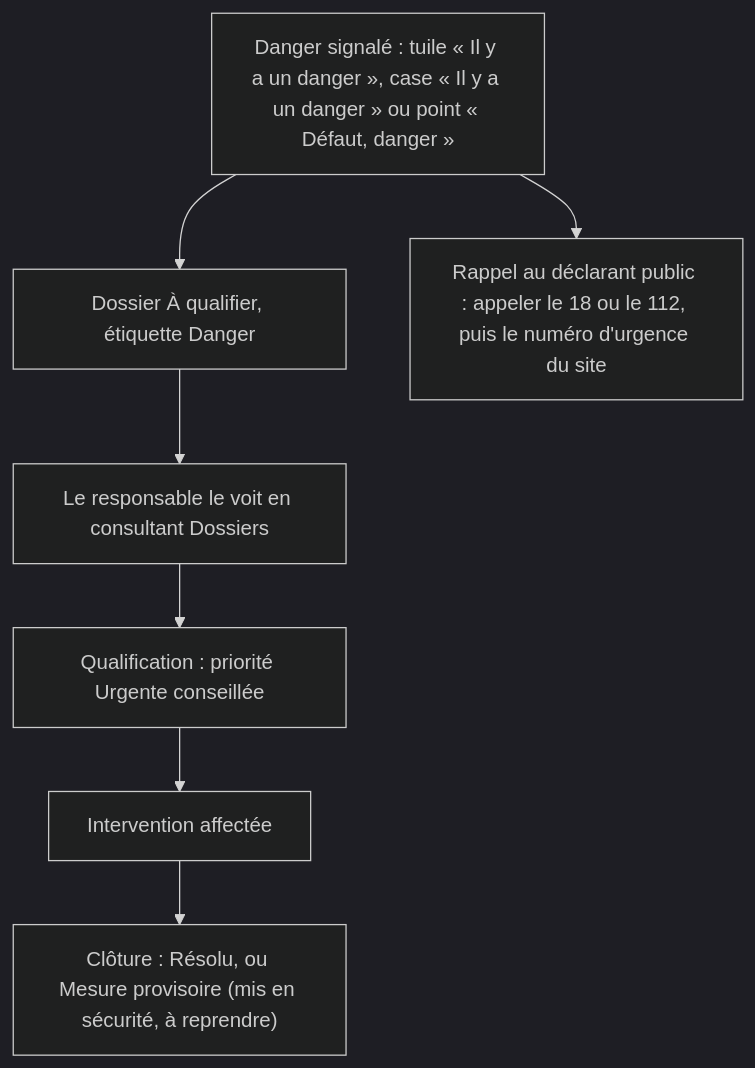
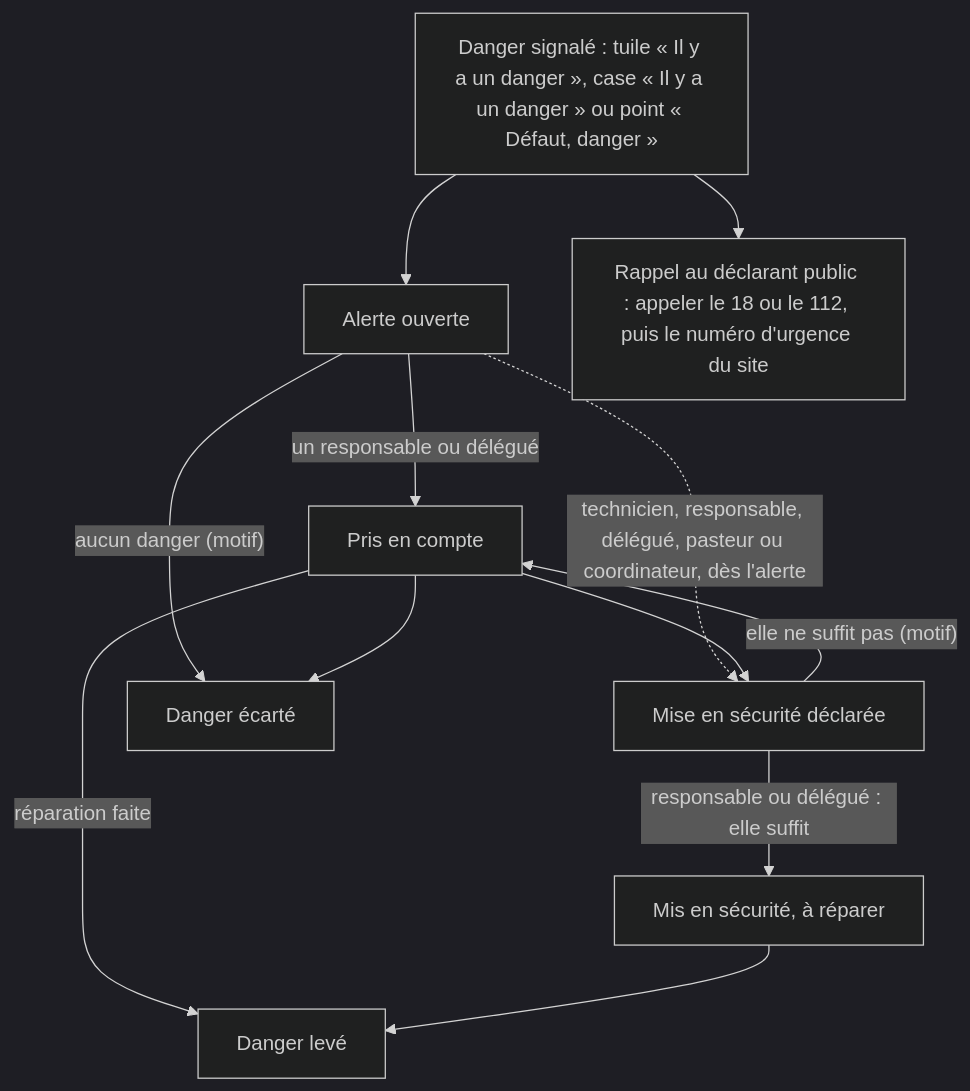
Before and after one commit to princemzb/gestionSite: the third of 3 diagrams in docs/manuel/10-workflows.md, drawn with Mermaid (dark theme). The commit also changed other lines of this file and 35 other files, not shown here.

First line of the commit message:
feat(danger): prise en compte, mise en sécurité et levée du danger (S10-04) (#121)

````diff
--- a/docs/manuel/10-workflows.md
+++ b/docs/manuel/10-workflows.md
@@ -63,9 +65,14 @@
 ```mermaid
 flowchart TD
-  A["Danger signalé : tuile « Il y a un danger », case « Il y a un danger » ou point « Défaut, danger »"] --> B["Dossier À qualifier, étiquette Danger"]
+  A["Danger signalé : tuile « Il y a un danger », case « Il y a un danger » ou point « Défaut, danger »"] --> B["Alerte ouverte"]
   A --> S["Rappel au déclarant public : appeler le 18 ou le 112, puis le numéro d'urgence du site"]
-  B --> C["Le responsable le voit en consultant Dossiers"]
-  C --> D["Qualification : priorité Urgente conseillée"]
-  D --> E["Intervention affectée"]
-  E --> F["Clôture : Résolu, ou Mesure provisoire (mis en sécurité, à reprendre)"]
+  B -->|"un responsable ou délégué"| C["Pris en compte"]
+  B -.->|"technicien, responsable, délégué, pasteur ou coordinateur, dès l'alerte"| M["Mise en sécurité déclarée"]
+  C --> M
+  M -->|"responsable ou délégué : elle suffit"| V["Mis en sécurité, à réparer"]
+  M -->|"elle ne suffit pas (motif)"| C
+  C -->|"réparation faite"| L["Danger levé"]
+  V --> L
+  B -->|"aucun danger (motif)"| E["Danger écarté"]
+  C --> E
 ```
````
